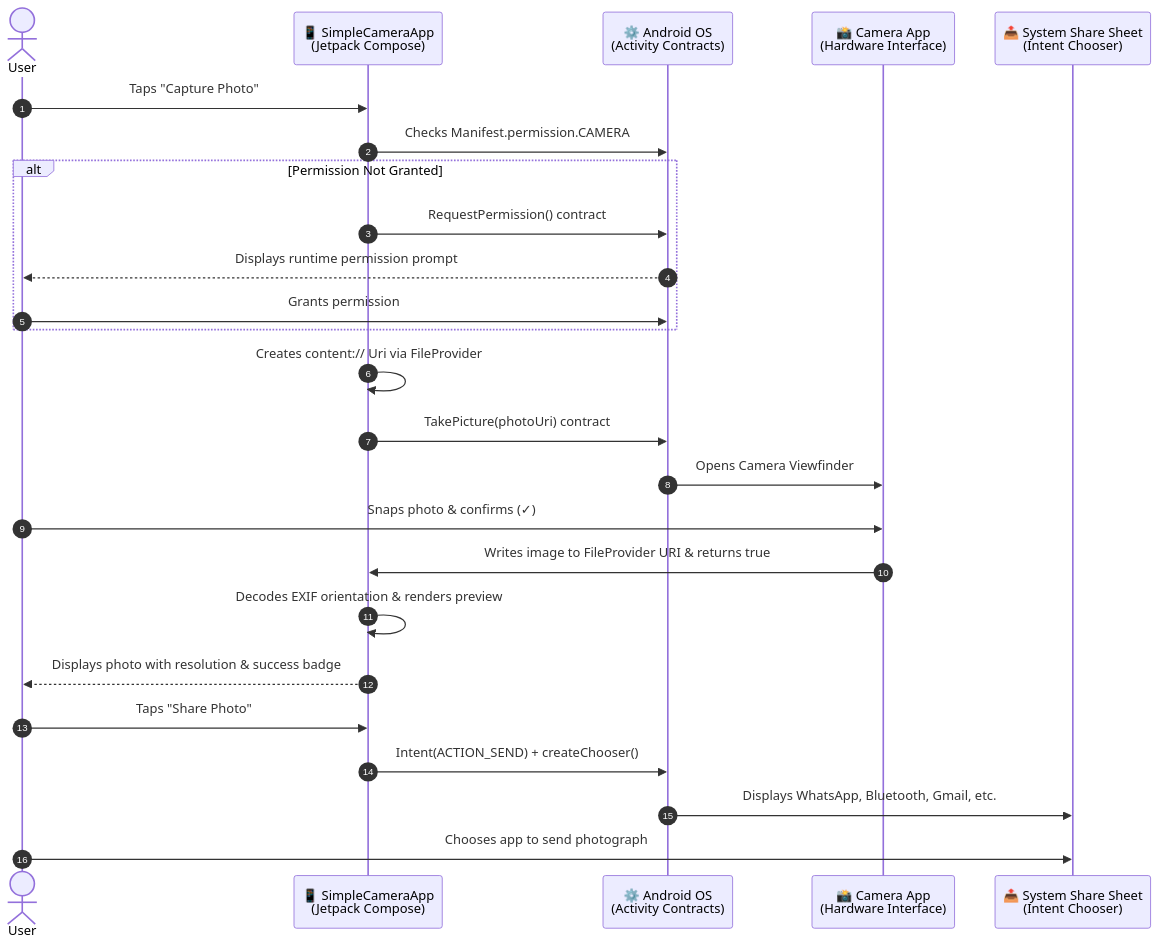
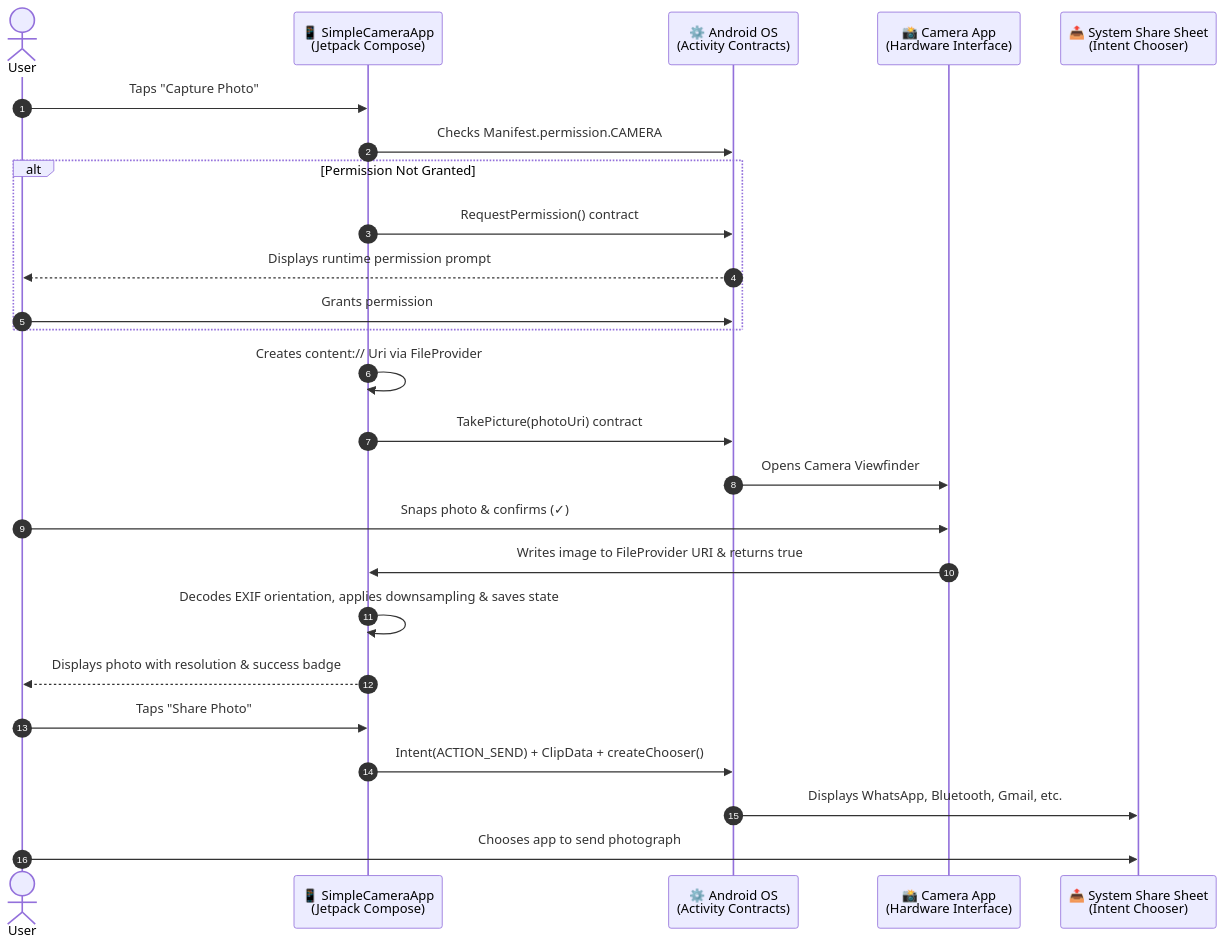
Before and after one commit to Rajapakshaminindu/simple-camera-app: the diagram in README.md, drawn with Mermaid. The commit also changed other lines of this file and 7 other files, not shown here.

````diff
--- a/README.md
+++ b/README.md
@@ -31,28 +31,28 @@
 ```mermaid
 sequenceDiagram
     autonumber
     actor User
     participant App as 📱 SimpleCameraApp<br/>(Jetpack Compose)
     participant System as ⚙️ Android OS<br/>(Activity Contracts)
     participant CameraApp as 📸 Camera App<br/>(Hardware Interface)
     participant ShareSheet as 📤 System Share Sheet<br/>(Intent Chooser)
 
     User->>App: Taps "Capture Photo"
     App->>System: Checks Manifest.permission.CAMERA
     alt Permission Not Granted
         App->>System: RequestPermission() contract
         System-->>User: Displays runtime permission prompt
         User->>System: Grants permission
     end
     App->>App: Creates content:// Uri via FileProvider
     App->>System: TakePicture(photoUri) contract
     System->>CameraApp: Opens Camera Viewfinder
     User->>CameraApp: Snaps photo & confirms (✓)
     CameraApp->>App: Writes image to FileProvider URI & returns true
-    App->>App: Decodes EXIF orientation & renders preview
+    App->>App: Decodes EXIF orientation, applies downsampling & saves state
     App-->>User: Displays photo with resolution & success badge
     User->>App: Taps "Share Photo"
-    App->>System: Intent(ACTION_SEND) + createChooser()
+    App->>System: Intent(ACTION_SEND) + ClipData + createChooser()
     System->>ShareSheet: Displays WhatsApp, Bluetooth, Gmail, etc.
     User->>ShareSheet: Chooses app to send photograph
 ```
````
